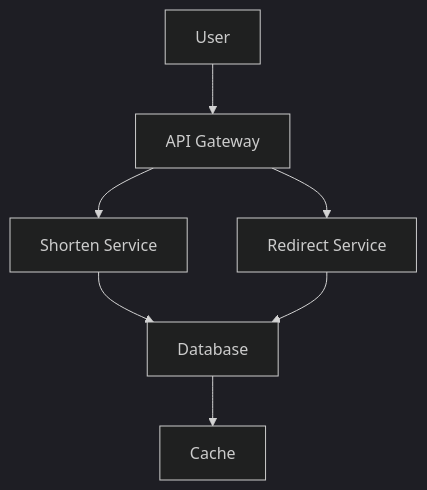
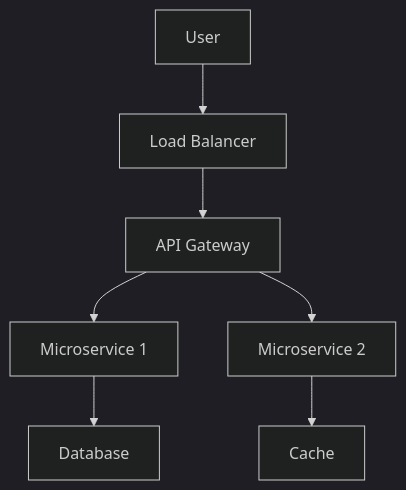
One commit to VrushankPatel/interview-matters changed the first of 3 diagrams in lld-hld-basics/README.md. Above: the diagram before and after it, drawn with Mermaid (dark theme). The commit also changed other lines of this file and 3 other files, not shown here.

````diff
--- a/lld-hld-basics/README.md
+++ b/lld-hld-basics/README.md
@@ -42,9 +25,9 @@
 ```mermaid
 graph TD
-    A[User] --> B[API Gateway]
-    B --> C[Shorten Service]
-    C --> D[Database]
-    B --> E[Redirect Service]
-    E --> D
-    D --> F[Cache]
+    A[User] --> B[Load Balancer]
+    B --> C[API Gateway]
+    C --> D[Microservice 1]
+    C --> E[Microservice 2]
+    D --> F[Database]
+    E --> G[Cache]
 ```
````
